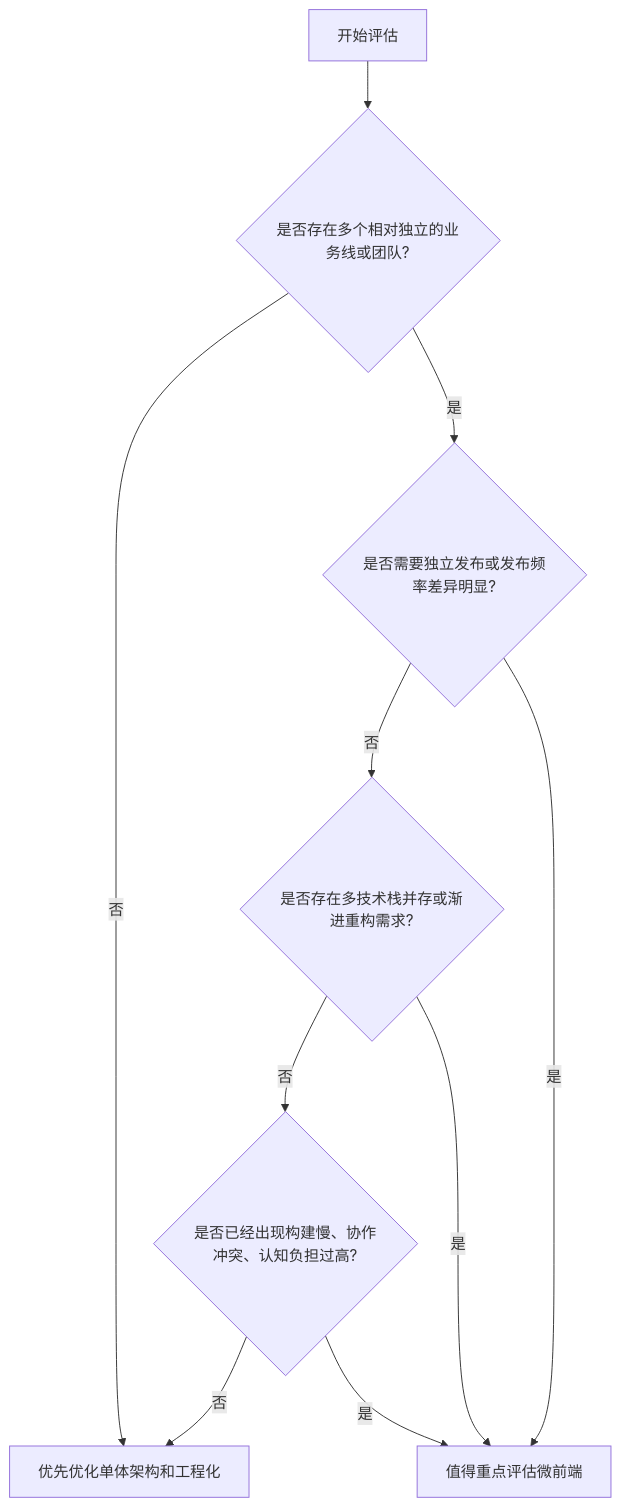
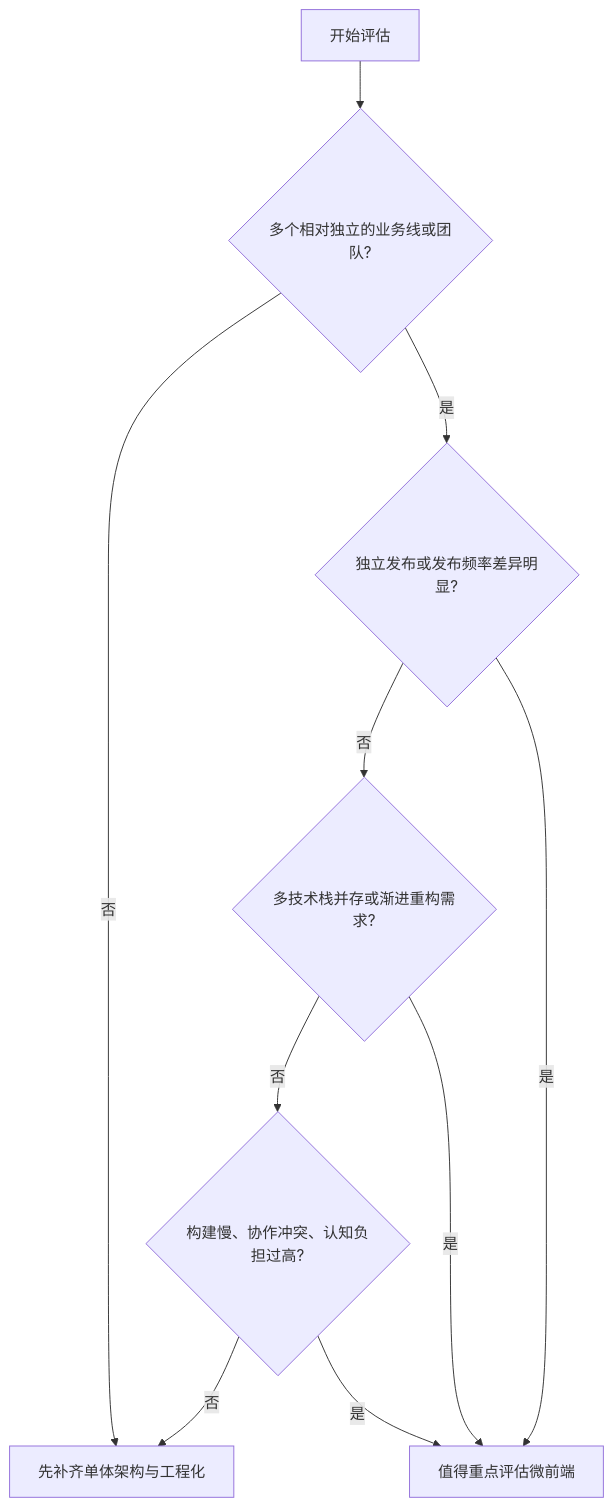
Before and after one commit to qihb/frontend-architecture: the second of 4 diagrams in articles/micro-frontend/01-why-micro-frontend.md, drawn with Mermaid. The commit also changed other lines of this file and 8 other files, not shown here.

````diff
--- a/articles/micro-frontend/01-why-micro-frontend.md
+++ b/articles/micro-frontend/01-why-micro-frontend.md
@@ -171,12 +181,12 @@
 ```mermaid
 flowchart TD
-    A[开始评估] --> B{是否存在多个相对独立的业务线或团队?}
-    B -- 否 --> C[优先优化单体架构和工程化]
-    B -- 是 --> D{是否需要独立发布或发布频率差异明显?}
-    D -- 否 --> E{是否存在多技术栈并存或渐进重构需求?}
+    A[开始评估] --> B{多个相对独立的业务线或团队?}
+    B -- 否 --> C[先补齐单体架构与工程化]
+    B -- 是 --> D{独立发布或发布频率差异明显?}
+    D -- 否 --> E{多技术栈并存或渐进重构需求?}
     D -- 是 --> F[值得重点评估微前端]
-    E -- 否 --> G{是否已经出现构建慢、协作冲突、认知负担过高?}
+    E -- 否 --> G{构建慢、协作冲突、认知负担过高?}
     E -- 是 --> F
     G -- 否 --> C
     G -- 是 --> F
 ```
````
